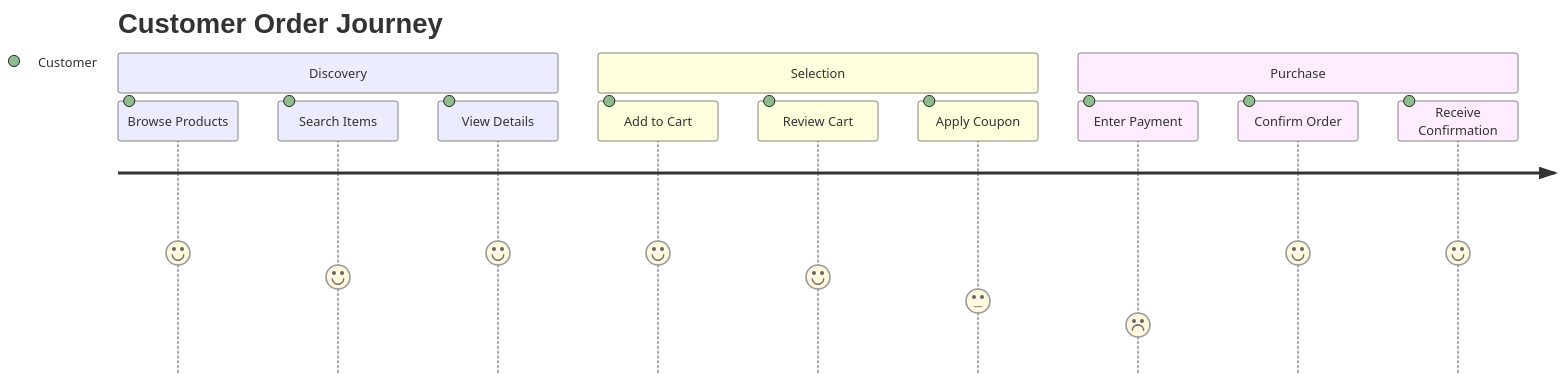
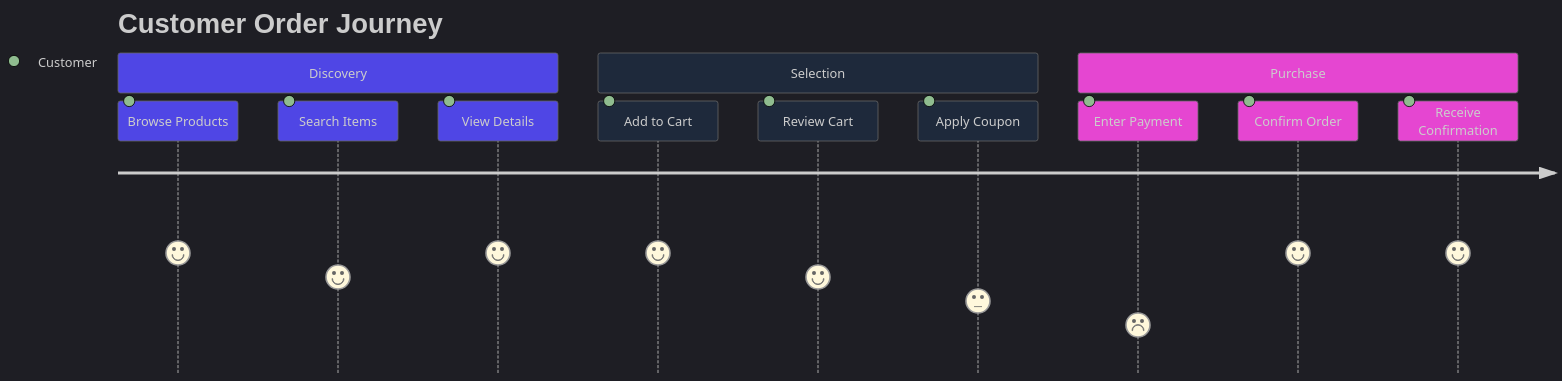
One commit to TheCowboyAI/cim-start changed the first of 2 diagrams in .claude/agents/event-storming-expert.md. Above: the diagram before and after it, drawn with Mermaid. The commit also changed other lines of this file and 33 other files, not shown here.

````diff
--- a/.claude/agents/event-storming-expert.md
+++ b/.claude/agents/event-storming-expert.md
@@ -388,16 +392,17 @@
 ```mermaid
+%%{init: {"theme":"dark","themeVariables":{"primaryColor":"#4f46e5","primaryTextColor":"#f8fafc","primaryBorderColor":"#6366f1","lineColor":"#64748b","secondaryColor":"#1e293b","tertiaryColor":"#0f172a","background":"#0f172a","mainBkg":"#1e293b","secondBkg":"#334155","tertiaryBkg":"#475569"}}}%%
 journey
     title Customer Order Journey
     section Discovery
       Browse Products: 5: Customer
       Search Items: 4: Customer
       View Details: 5: Customer
     section Selection
       Add to Cart: 5: Customer
       Review Cart: 4: Customer
       Apply Coupon: 3: Customer
     section Purchase
       Enter Payment: 2: Customer
       Confirm Order: 5: Customer
       Receive Confirmation: 5: Customer
 ```
````
